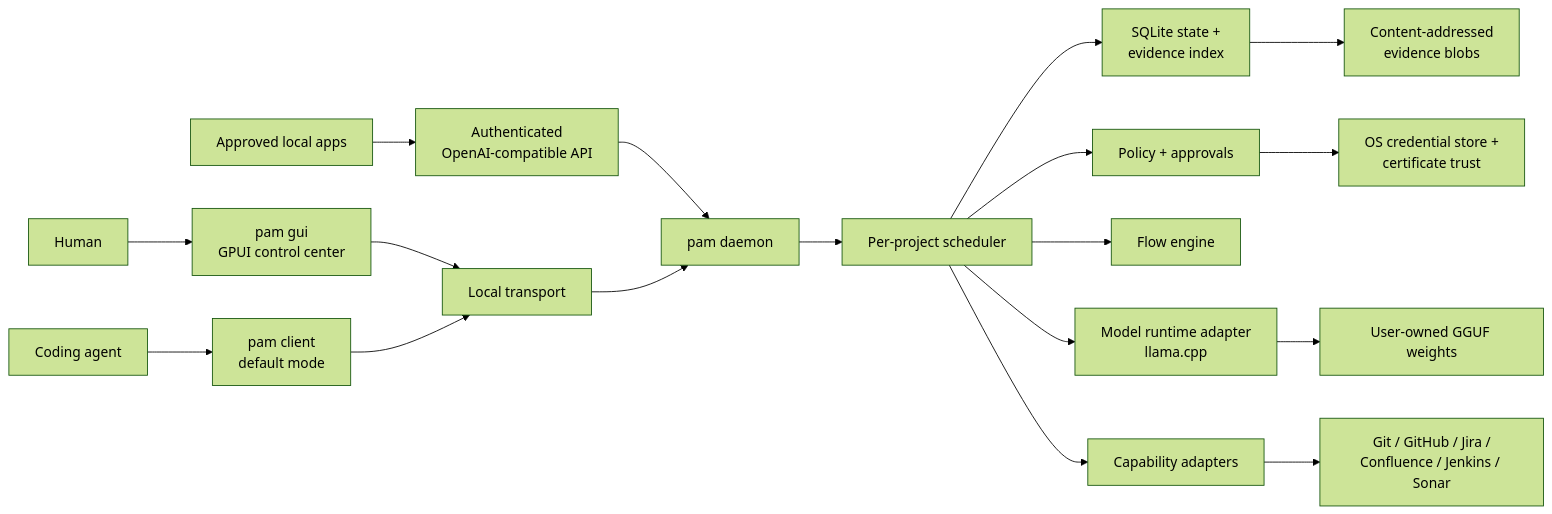
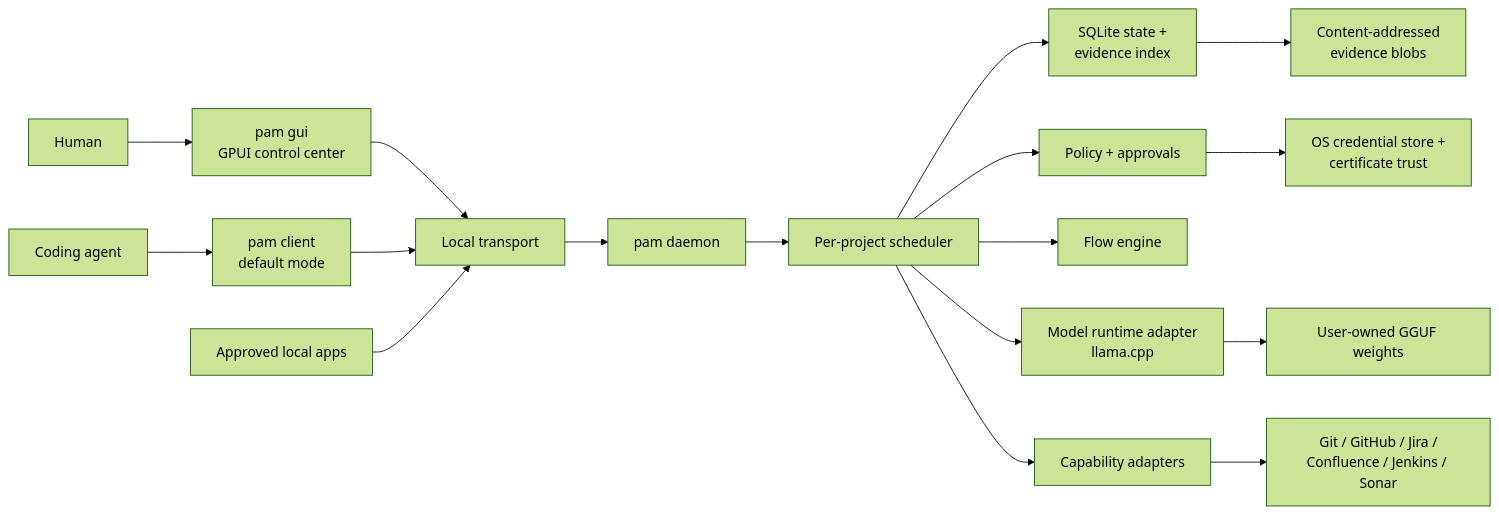
One commit to ro-ag/pam changed the first of 2 diagrams in docs/architecture.md. Above: the diagram before and after it, drawn with Mermaid (forest theme). The commit also changed other lines of this file and 67 other files, not shown here.

First line of the commit message:
feat(model): embed authenticated local inference (#15)

````diff
--- a/docs/architecture.md
+++ b/docs/architecture.md
@@ -8,20 +8,19 @@
 ```mermaid
 flowchart LR
   H["Human"] --> G["pam gui\nGPUI control center"]
   A["Coding agent"] --> C["pam client\ndefault mode"]
   G --> T["Local transport"]
   C --> T
-  X["Approved local apps"] --> O["Authenticated\nOpenAI-compatible API"]
-  O --> D
+  X["Approved local apps"] --> T
   T --> D["pam daemon"]
   D --> Q["Per-project scheduler"]
   Q --> S["SQLite state +\nevidence index"]
   Q --> P["Policy + approvals"]
   Q --> F["Flow engine"]
   Q --> M["Model runtime adapter\nllama.cpp"]
   Q --> K["Capability adapters"]
   K --> R["Git / GitHub / Jira /\nConfluence / Jenkins / Sonar"]
   P --> OS["OS credential store +\ncertificate trust"]
   M --> W["User-owned GGUF weights"]
   S --> B["Content-addressed\nevidence blobs"]
 ```
````
